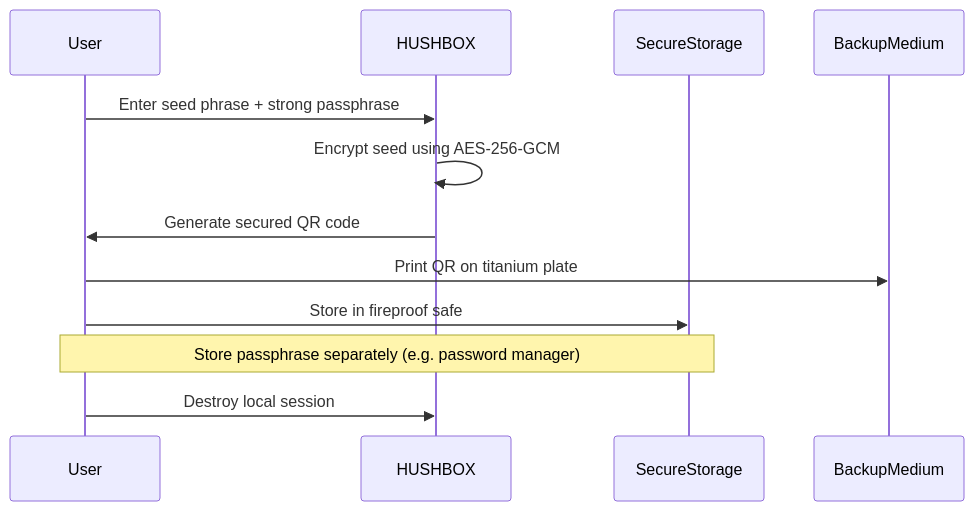
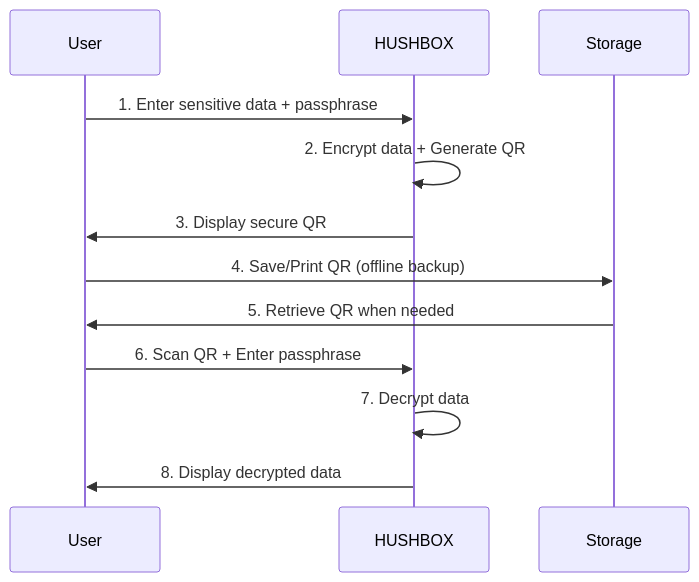
One commit to MPetovick/HUSHBOX changed the fifth of 8 diagrams in README.md. Above: the diagram before and after it, drawn with Mermaid. The commit also changed other lines of this file, not shown here.

````diff
--- a/README.md
+++ b/README.md
@@ -198,15 +164,15 @@
 ```mermaid
 sequenceDiagram
     participant User
     participant HUSHBOX
-    participant SecureStorage
-    participant BackupMedium
+    participant Storage
 
-    User->>HUSHBOX: Enter seed phrase + strong passphrase
-    HUSHBOX->>HUSHBOX: Encrypt seed using AES-256-GCM
-    HUSHBOX->>User: Generate secured QR code
-    User->>BackupMedium: Print QR on titanium plate
-    User->>SecureStorage: Store in fireproof safe
-    Note over User,SecureStorage: Store passphrase separately (e.g. password manager)
-    User->>HUSHBOX: Destroy local session
+    User->>HUSHBOX: 1. Enter sensitive data + passphrase
+    HUSHBOX->>HUSHBOX: 2. Encrypt data + Generate QR
+    HUSHBOX->>User: 3. Display secure QR
+    User->>Storage: 4. Save/Print QR (offline backup)
+    Storage->>User: 5. Retrieve QR when needed
+    User->>HUSHBOX: 6. Scan QR + Enter passphrase
+    HUSHBOX->>HUSHBOX: 7. Decrypt data
+    HUSHBOX->>User: 8. Display decrypted data
 ```
````
